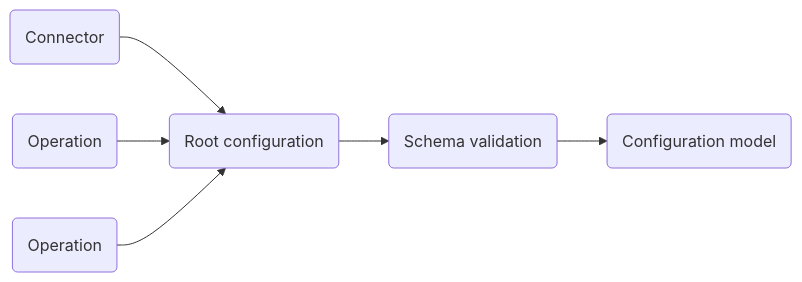
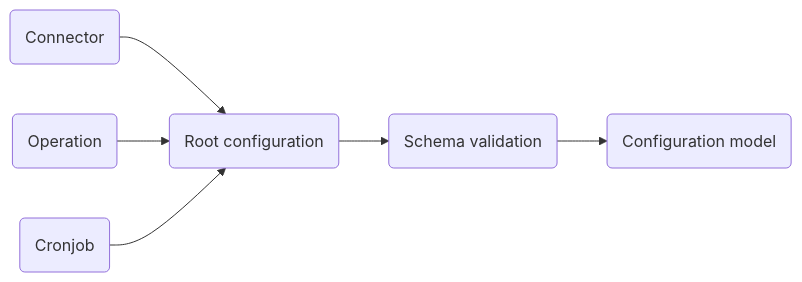
Before and after one commit to s-toufik/pricelab-core: the first of 2 diagrams in Readme.md, drawn with Mermaid.

````diff
--- a/Readme.md
+++ b/Readme.md
@@ -76,8 +76,8 @@
 ``` mermaid
 flowchart LR
     A(Connector) --> D(Root configuration)
     B(Operation)  --> D
-    C(Operation)  --> D
+    C(Cronjob)  --> D
     D --> E(Schema validation)
     E --> F(Configuration model)
 ```
````
